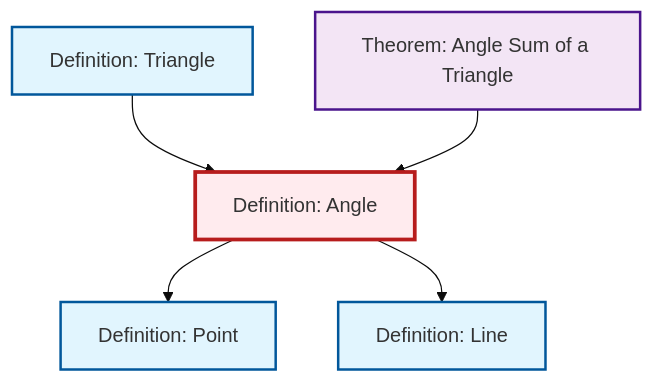
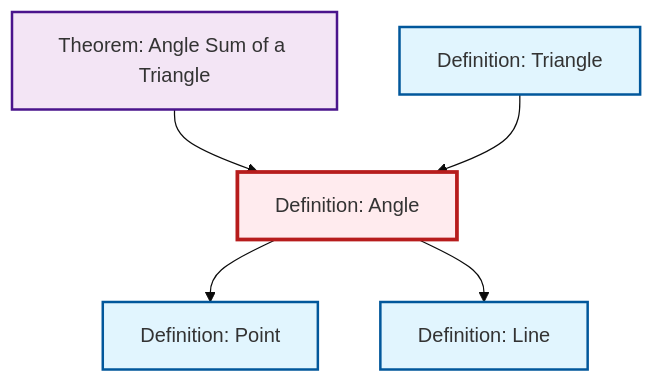
The diagram in output/mermaid/en/def-angle.mermaid (RK0429/ModernMath), drawn with Mermaid (base theme) before and after one commit. The commit also changed 3144 other files, not shown here.

```diff
--- a/output/mermaid/en/def-angle.mermaid
+++ b/output/mermaid/en/def-angle.mermaid
@@ -1,17 +1,16 @@
-%%| fig-cap: "Local dependency graph"
 graph TD
     classDef definition fill:#e1f5fe,stroke:#01579b,stroke-width:2px
     classDef theorem fill:#f3e5f5,stroke:#4a148c,stroke-width:2px
     classDef axiom fill:#fff3e0,stroke:#e65100,stroke-width:2px
     classDef example fill:#e8f5e9,stroke:#1b5e20,stroke-width:2px
     classDef current fill:#ffebee,stroke:#b71c1c,stroke-width:3px
+    def-line["Definition: Line"]:::definition
+    def-point["Definition: Point"]:::definition
+    def-triangle["Definition: Triangle"]:::definition
+    thm-angle-sum-triangle["Theorem: Angle Sum of a Triangle"]:::theorem
     def-angle["Definition: Angle"]:::definition
-    def-line["Definition: Line"]:::definition
-    def-triangle["Definition: Triangle"]:::definition
-    def-point["Definition: Point"]:::definition
-    thm-angle-sum-triangle["Theorem: Angle Sum of a Triangle"]:::theorem
+    thm-angle-sum-triangle --> def-angle
     def-angle --> def-point
+    def-angle --> def-line
     def-triangle --> def-angle
-    thm-angle-sum-triangle --> def-angle
-    def-angle --> def-line
     class def-angle current
```
